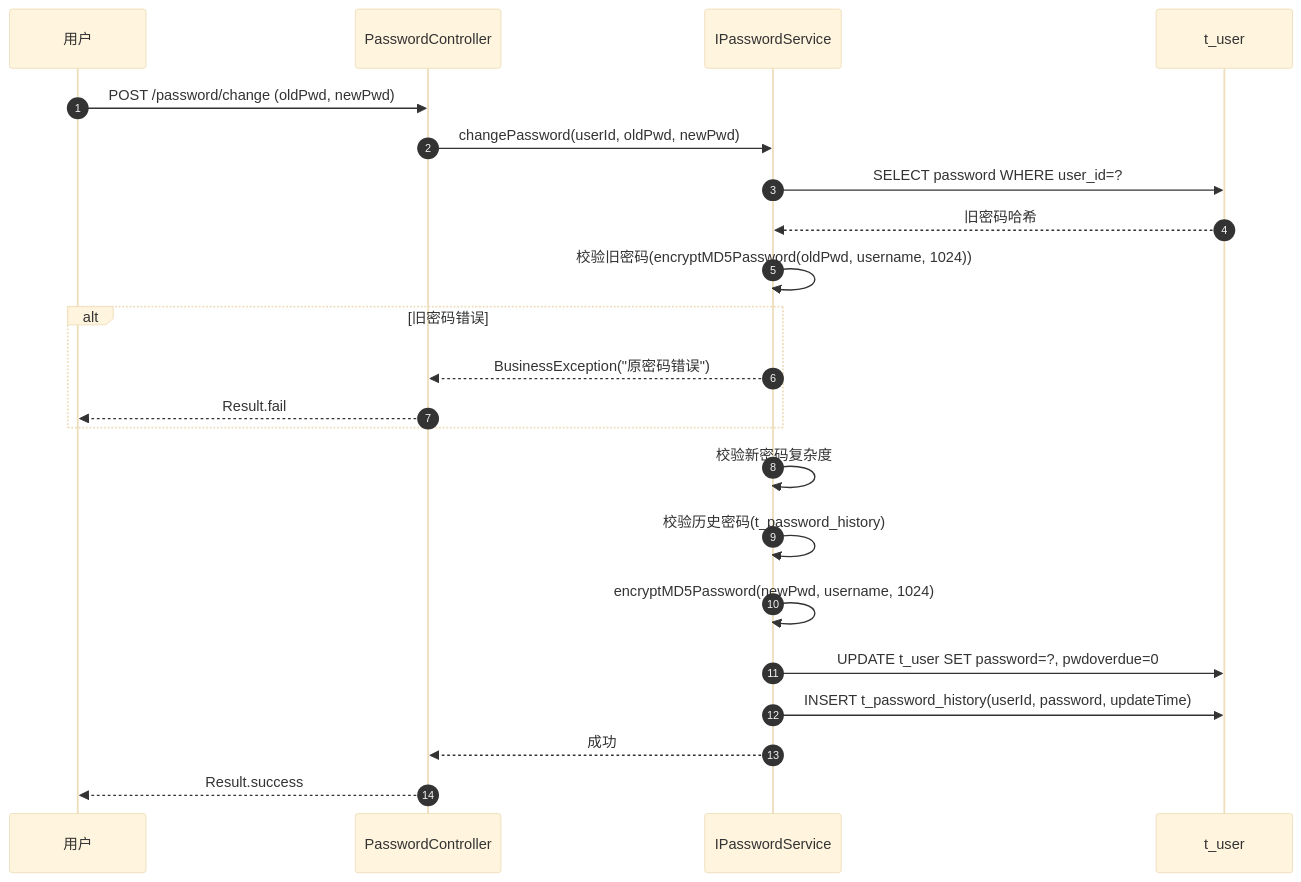
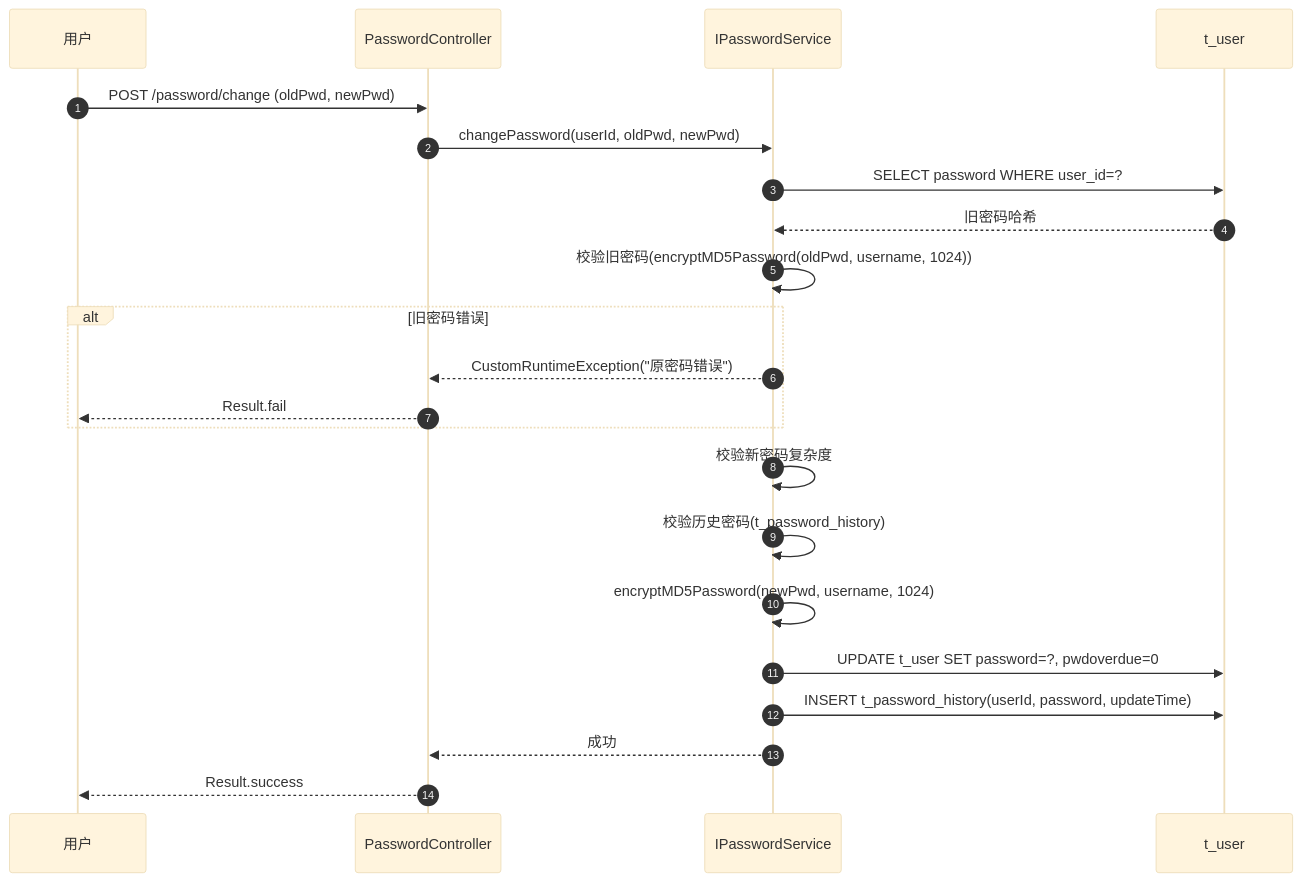
The second of 5 diagrams in core/docs/05-standards/security-practices.md (wrck/PMS), drawn with Mermaid (base theme) before and after one commit. The commit also changed other lines of this file and 37 other files, not shown here.

````diff
--- a/core/docs/05-standards/security-practices.md
+++ b/core/docs/05-standards/security-practices.md
@@ -114,25 +114,25 @@
 ```mermaid
 sequenceDiagram
     autonumber
     participant U as 用户
     participant PC as PasswordController
     participant PS as IPasswordService
     participant DB as t_user
 
     U->>PC: POST /password/change (oldPwd, newPwd)
     PC->>PS: changePassword(userId, oldPwd, newPwd)
     PS->>DB: SELECT password WHERE user_id=?
     DB-->>PS: 旧密码哈希
     PS->>PS: 校验旧密码(encryptMD5Password(oldPwd, username, 1024))
     alt 旧密码错误
-        PS-->>PC: BusinessException("原密码错误")
+        PS-->>PC: CustomRuntimeException("原密码错误")
         PC-->>U: Result.fail
     end
     PS->>PS: 校验新密码复杂度
     PS->>PS: 校验历史密码(t_password_history)
     PS->>PS: encryptMD5Password(newPwd, username, 1024)
     PS->>DB: UPDATE t_user SET password=?, pwdoverdue=0
     PS->>DB: INSERT t_password_history(userId, password, updateTime)
     PS-->>PC: 成功
     PC-->>U: Result.success
 ```
````
